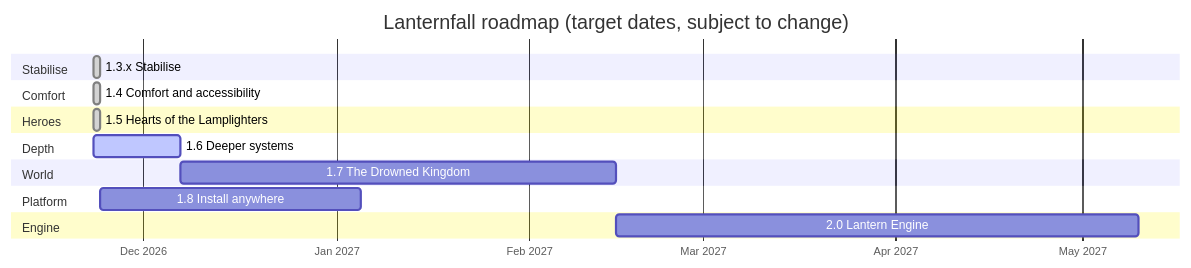
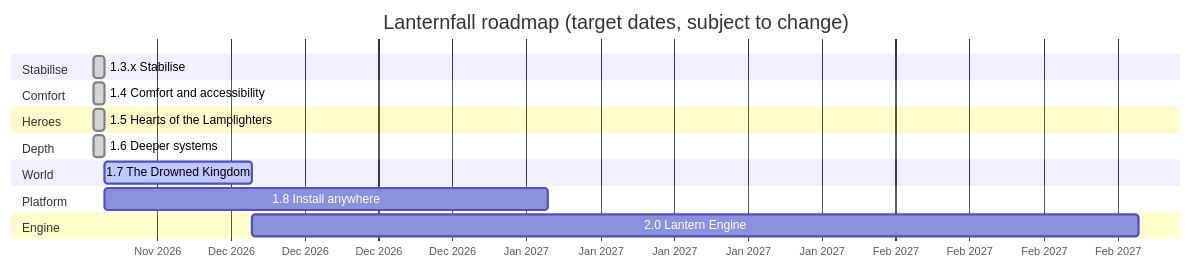
One commit to CptNope/Laternfall changed the third of 11 diagrams in ROADMAP.md. Above: the diagram before and after it, drawn with Mermaid. The commit also changed other lines of this file and 27 other files, not shown here.

First line of the commit message:
1.7.0 The Drowned Kingdom: diving bell, sea floor, Nerith, treasure maps, lanternmoths

````diff
--- a/ROADMAP.md
+++ b/ROADMAP.md
@@ -95,20 +99,20 @@
 ```mermaid
 gantt
     title Lanternfall roadmap (target dates, subject to change)
     dateFormat YYYY-MM-DD
     axisFormat %b %Y
     section Stabilise
     1.3.x Stabilise                  :done, m13, 2026-11-23, 1d
     section Comfort
     1.4 Comfort and accessibility    :done, m14, 2026-11-23, 1d
     section Heroes
     1.5 Hearts of the Lamplighters   :done, m15, 2026-11-23, 1d
     section Depth
-    1.6 Deeper systems               :active, m16, 2026-11-23, 2w
+    1.6 Deeper systems               :done, m16, 2026-11-23, 1d
     section World
-    1.7 The Drowned Kingdom          :m17, after m16, 10w
+    1.7 The Drowned Kingdom          :active, m17, 2026-11-24, 2w
     section Platform
     1.8 Install anywhere             :m18, after m14, 6w
     section Engine
     2.0 Lantern Engine               :m20, after m17, 12w
 ```
````
